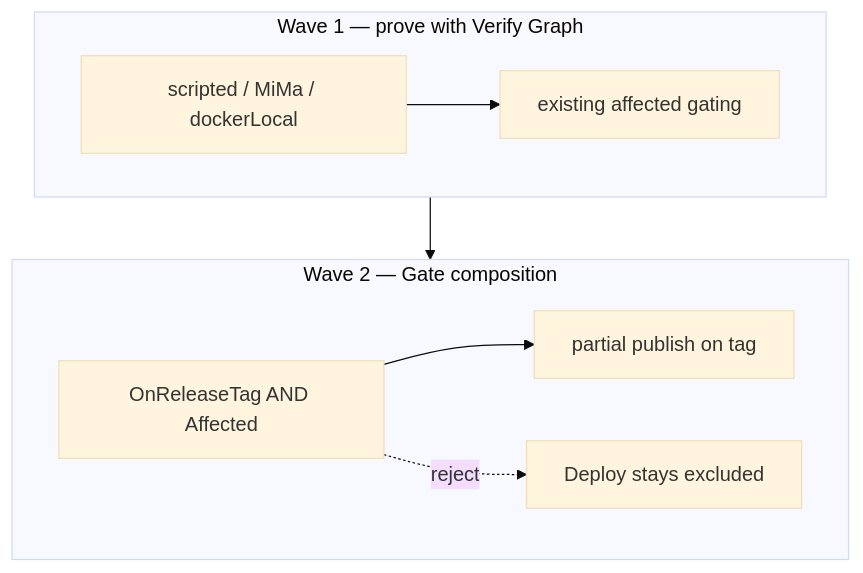
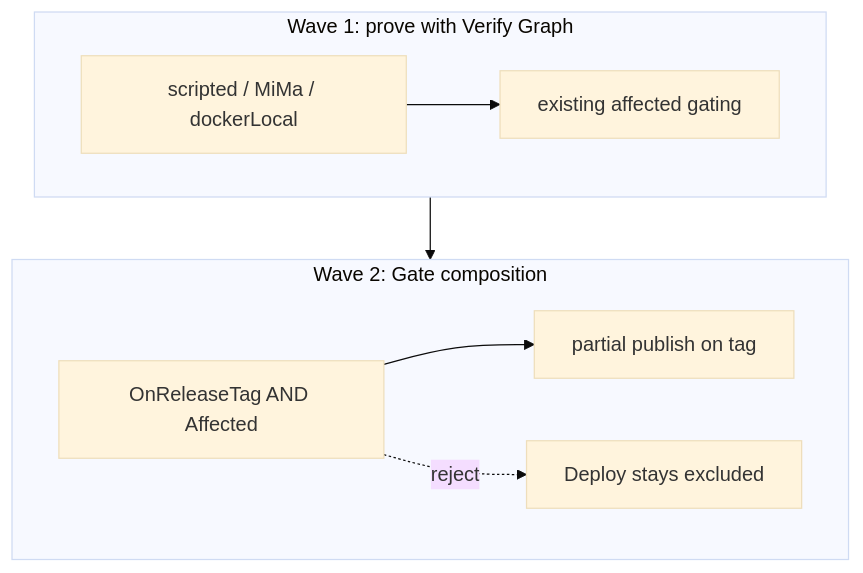
The third of 3 diagrams in ROADMAP.md (early-effect/zipx), drawn with Mermaid (base theme) before and after one commit. The commit also changed other lines of this file and 33 other files, not shown here.

````diff
--- a/ROADMAP.md
+++ b/ROADMAP.md
@@ -180,13 +180,13 @@
 ```mermaid
 flowchart TB
-  subgraph wave1 [Wave 1 — prove with Verify Graph]
+  subgraph wave1 [Wave 1: prove with Verify Graph]
     S[scripted / MiMa / dockerLocal]
     S --> AG[existing affected gating]
   end
-  subgraph wave2 [Wave 2 — Gate composition]
+  subgraph wave2 [Wave 2: Gate composition]
     G[OnReleaseTag AND Affected]
     G --> PP[partial publish on tag]
     G -.->|reject| D[Deploy stays excluded]
   end
   wave1 --> wave2
 ```
````
